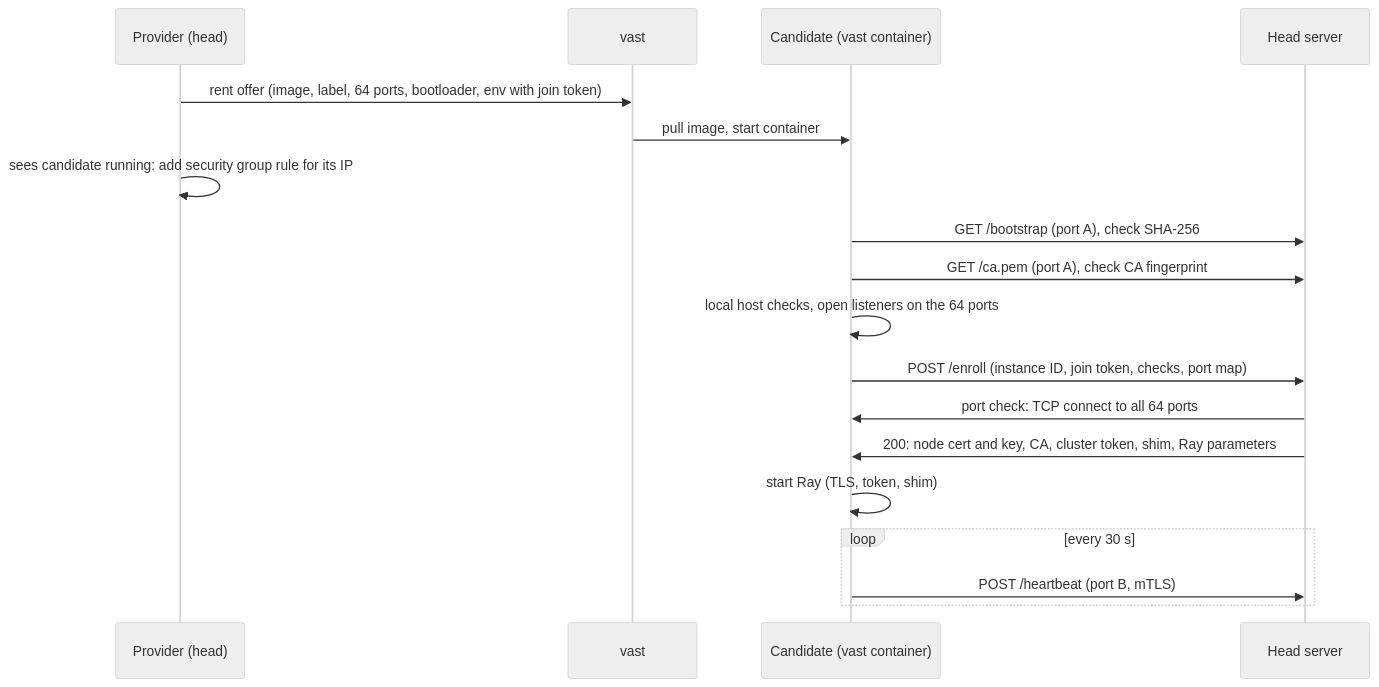
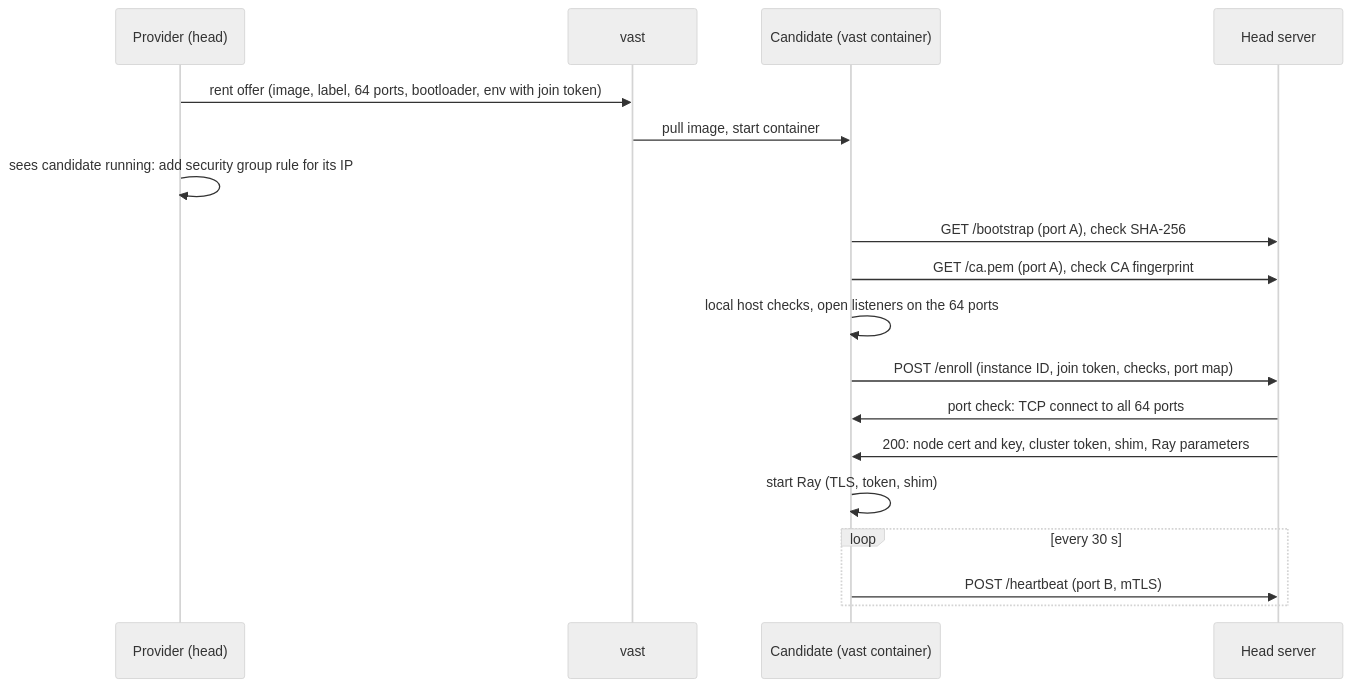
Before and after one commit to duc-ph/ray-vast: the diagram in ray-vast-pypi/docs/explanation/enrollment.md, drawn with Mermaid (neutral theme). The commit also changed other lines of this file and 205 other files, not shown here.

````diff
--- a/ray-vast-pypi/docs/explanation/enrollment.md
+++ b/ray-vast-pypi/docs/explanation/enrollment.md
@@ -16,20 +16,20 @@
 ```mermaid
 sequenceDiagram
   participant P as Provider (head)
   participant V as vast
   participant W as Candidate (vast container)
   participant H as Head server
   P->>V: rent offer (image, label, 64 ports, bootloader, env with join token)
   V->>W: pull image, start container
   P->>P: sees candidate running: add security group rule for its IP
   W->>H: GET /bootstrap (port A), check SHA-256
   W->>H: GET /ca.pem (port A), check CA fingerprint
   W->>W: local host checks, open listeners on the 64 ports
   W->>H: POST /enroll (instance ID, join token, checks, port map)
   H->>W: port check: TCP connect to all 64 ports
-  H->>W: 200: node cert and key, CA, cluster token, shim, Ray parameters
+  H->>W: 200: node cert and key, cluster token, shim, Ray parameters
   W->>W: start Ray (TLS, token, shim)
   loop every 30 s
     W->>H: POST /heartbeat (port B, mTLS)
   end
 ```
````
